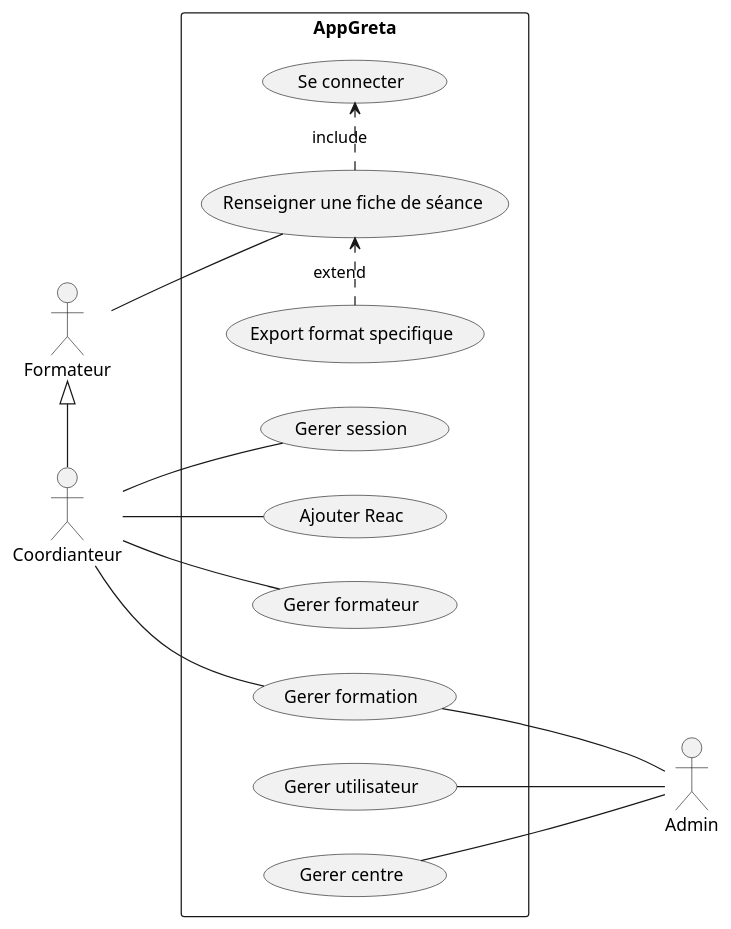
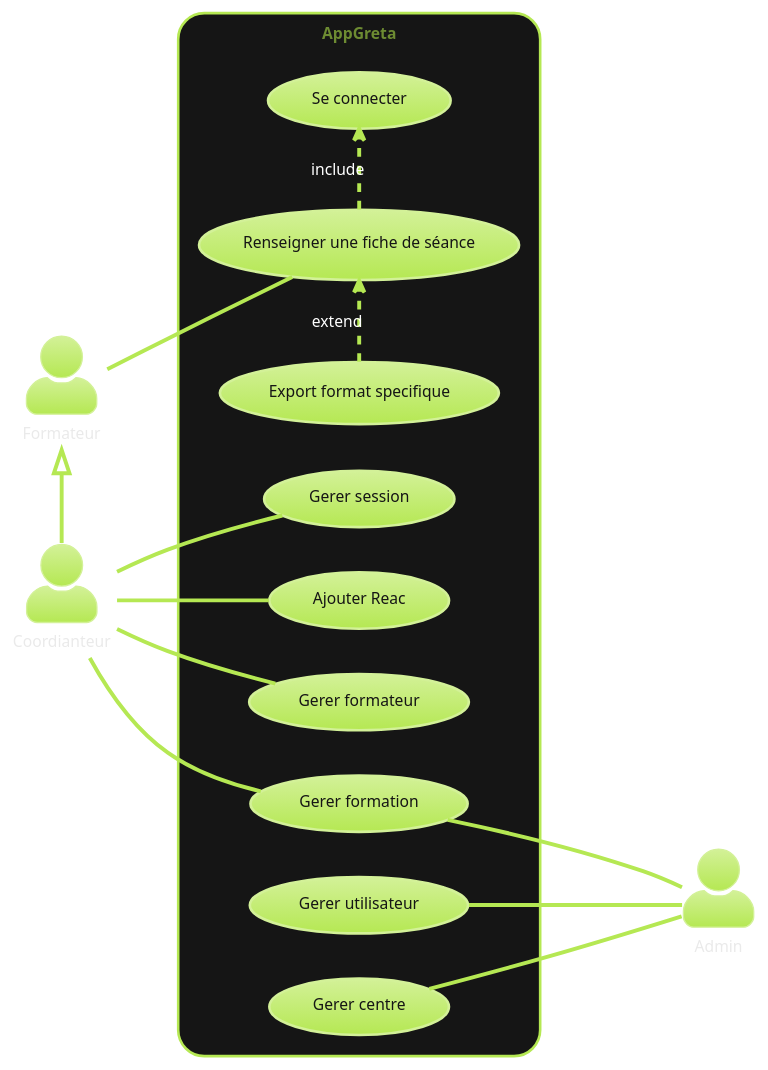
Before and after one commit to GreenHawk-99/AppGreta: the diagram in doc/UseCase.puml, drawn with PlantUML. The commit also changed 16 other files, not shown here.

```diff
--- a/doc/UseCase.puml
+++ b/doc/UseCase.puml
@@ -1,31 +1,32 @@
 @startuml
-
+!theme hacker
 
 left to right direction
+skinparam actorStyle awesome
 actor "Formateur" as forma
 actor "Coordianteur" as coor
 actor "Admin" as admin
 rectangle AppGreta {
   usecase "Renseigner une fiche de séance" as UC1
   usecase "Se connecter" as UC2
   usecase "Export format specifique" as UC3
   usecase "Gerer session" as UC4
   usecase "Ajouter Reac" as UC5
   usecase "Gerer formateur" as UC6
   usecase "Gerer formation" as UC10
   usecase "Gerer utilisateur" as UC11
   usecase "Gerer centre" as UC12
 }
 forma <|- coor
 forma -- UC1
 UC1 .> UC2 :include
 UC3 .> UC1 :extend
 coor -- UC4
 coor -- UC5
 coor -- UC6
 coor -- UC10
 UC10 --- admin
 UC11 -- admin
 UC12 -- admin
 
 @enduml
```
